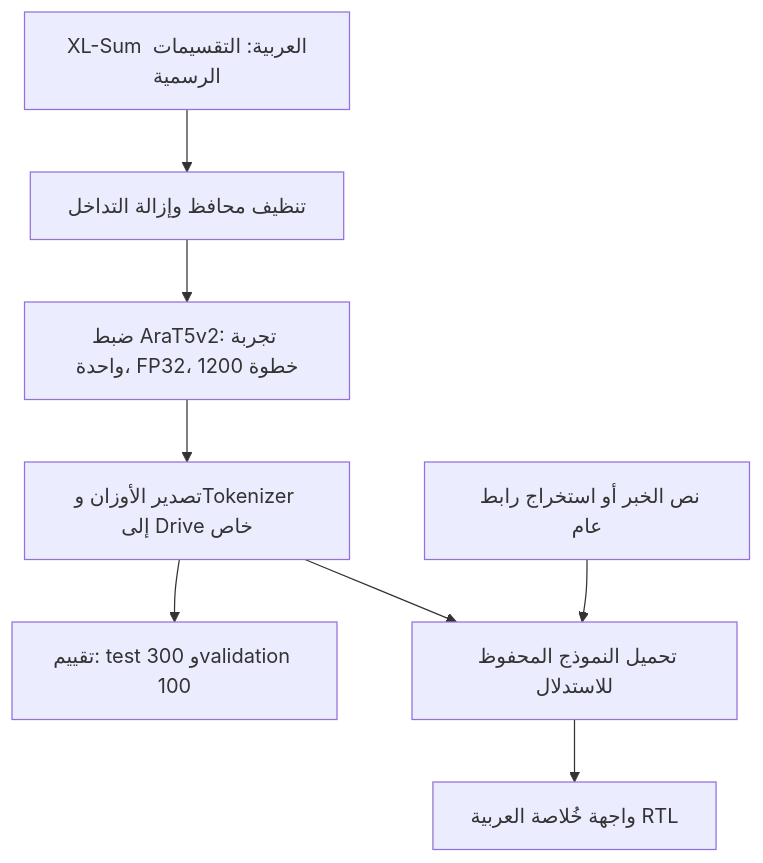
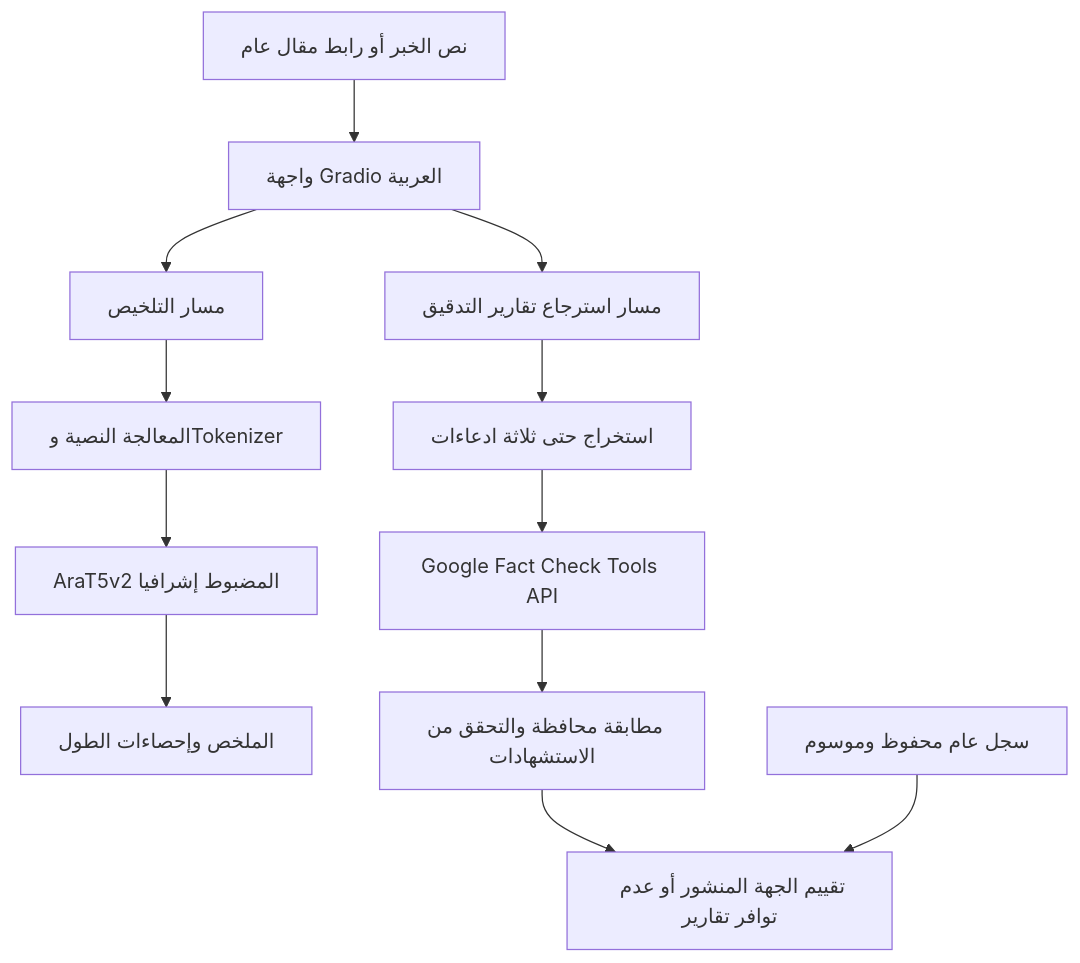
Before and after one commit to nada-ali-13/Arabic-news-summarizer: the diagram in README.md, drawn with Mermaid. The commit also changed other lines of this file and 16 other files, not shown here.

````diff
--- a/README.md
+++ b/README.md
@@ -25,10 +28,14 @@
 ```mermaid
 flowchart TD
-  A[XL-Sum العربية: التقسيمات الرسمية] --> B[تنظيف محافظ وإزالة التداخل]
-  B --> C[ضبط AraT5v2: تجربة واحدة، FP32، 1200 خطوة]
-  C --> D[تصدير الأوزان وTokenizer إلى Drive خاص]
-  D --> E[تقييم: test 300 وvalidation 100]
-  D --> F[تحميل النموذج المحفوظ للاستدلال]
-  G[نص الخبر أو استخراج رابط عام] --> F
-  F --> H[واجهة خُلاصة العربية RTL]
+    A[نص الخبر أو رابط مقال عام] --> B[واجهة Gradio العربية]
+    B --> C[مسار التلخيص]
+    C --> D[المعالجة النصية وTokenizer]
+    D --> E[AraT5v2 المضبوط إشرافيا]
+    E --> F[الملخص وإحصاءات الطول]
+    B --> G[مسار استرجاع تقارير التدقيق]
+    G --> H[استخراج حتى ثلاثة ادعاءات]
+    H --> I[Google Fact Check Tools API]
+    I --> J[مطابقة محافظة والتحقق من الاستشهادات]
+    J --> K[تقييم الجهة المنشور أو عدم توافر تقارير]
+    L[سجل عام محفوظ وموسوم] --> K
 ```
````
